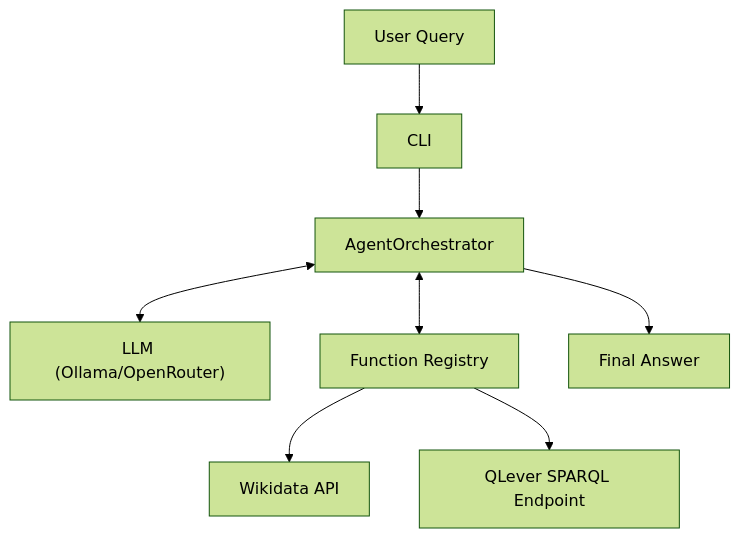
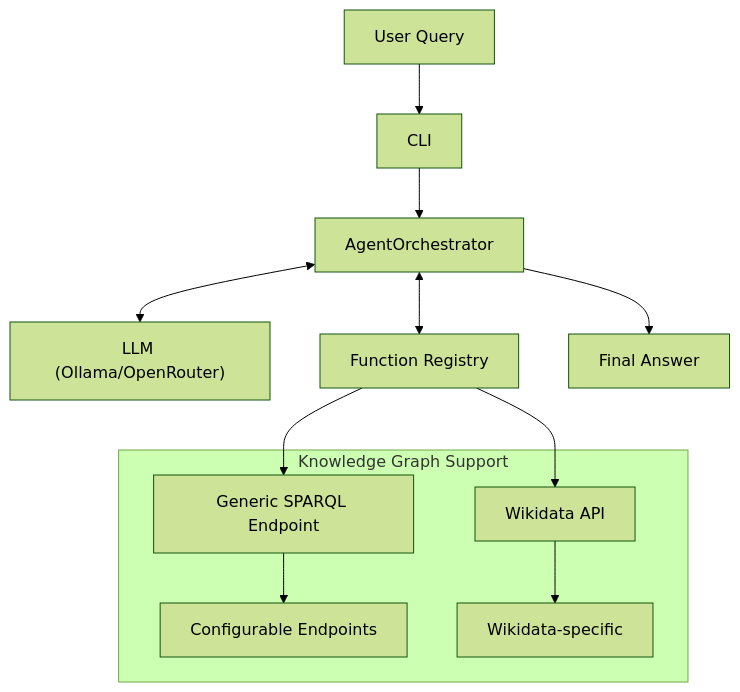
Before and after one commit to pyerum/nltosparql: the first of 3 diagrams in architecture.md, drawn with Mermaid (forest theme). The commit also changed other lines of this file, not shown here.

Commit message:
metadata adjustment

````diff
--- a/architecture.md
+++ b/architecture.md
@@ -5,10 +5,15 @@
 ```mermaid
 graph TD
     User["User Query"] --> CLI
     CLI --> Agent["AgentOrchestrator"]
     Agent <--> LLM["LLM (Ollama/OpenRouter)"]
     Agent <--> Functions["Function Registry"]
+    Functions --> GenericSPARQL["Generic SPARQL Endpoint"]
     Functions --> WikidataAPI["Wikidata API"]
-    Functions --> QLever["QLever SPARQL Endpoint"]
     Agent --> Response["Final Answer"]
+    
+    subgraph "Knowledge Graph Support"
+        GenericSPARQL --> Config["Configurable Endpoints"]
+        WikidataAPI --> WikidataConfig["Wikidata-specific"]
+    end
 ```
````
